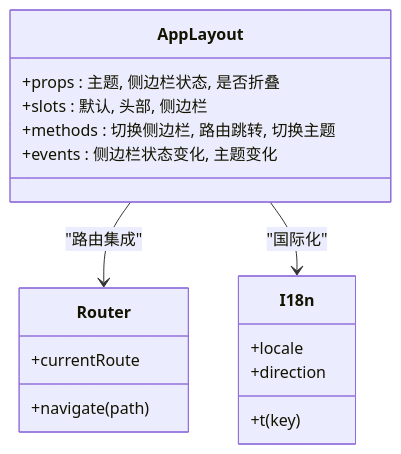
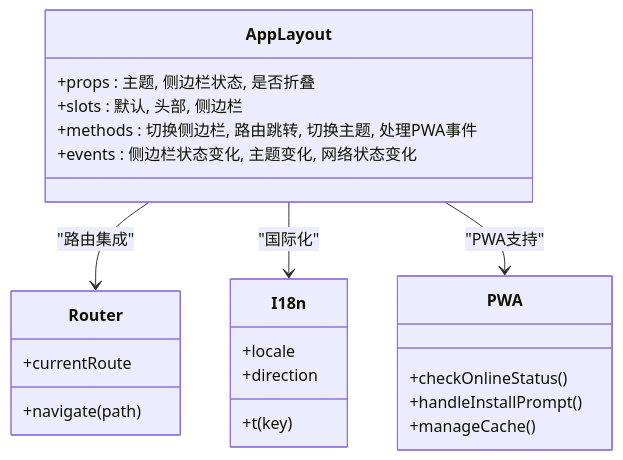
Before and after one commit to xufuyu/Lumen: the third of 7 diagrams in .qoder/repowiki/zh/content/前端开发/组件系统/布局组件.md, drawn with Mermaid. The commit also changed other lines of this file and 43 other files, not shown here.

````diff
--- a/.qoder/repowiki/zh/content/前端开发/组件系统/布局组件.md
+++ b/.qoder/repowiki/zh/content/前端开发/组件系统/布局组件.md
@@ -114,20 +139,26 @@
 ```mermaid
 classDiagram
 class AppLayout {
 +props : 主题, 侧边栏状态, 是否折叠
 +slots : 默认, 头部, 侧边栏
-+methods : 切换侧边栏, 路由跳转, 切换主题
-+events : 侧边栏状态变化, 主题变化
++methods : 切换侧边栏, 路由跳转, 切换主题, 处理PWA事件
++events : 侧边栏状态变化, 主题变化, 网络状态变化
 }
 class Router {
 +navigate(path)
 +currentRoute
 }
 class I18n {
 +t(key)
 +locale
 +direction
 }
+class PWA {
++checkOnlineStatus()
++handleInstallPrompt()
++manageCache()
+}
 AppLayout --> Router : "路由集成"
 AppLayout --> I18n : "国际化"
+AppLayout --> PWA : "PWA支持"
 ```
````
